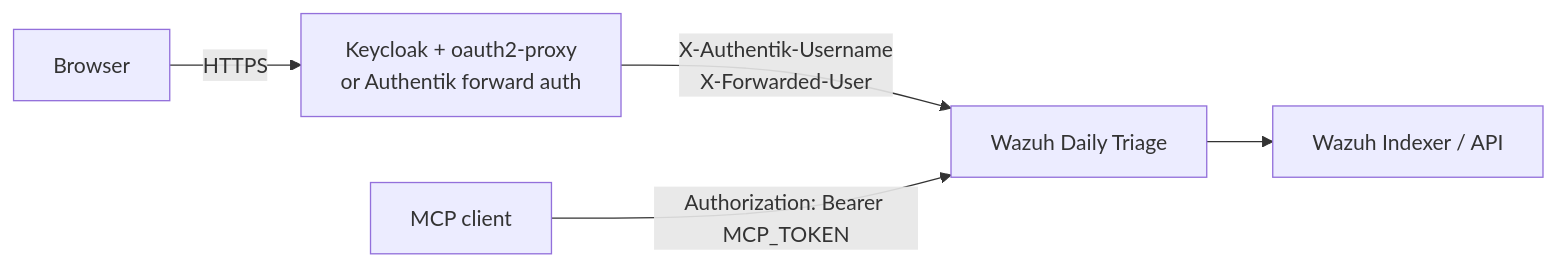
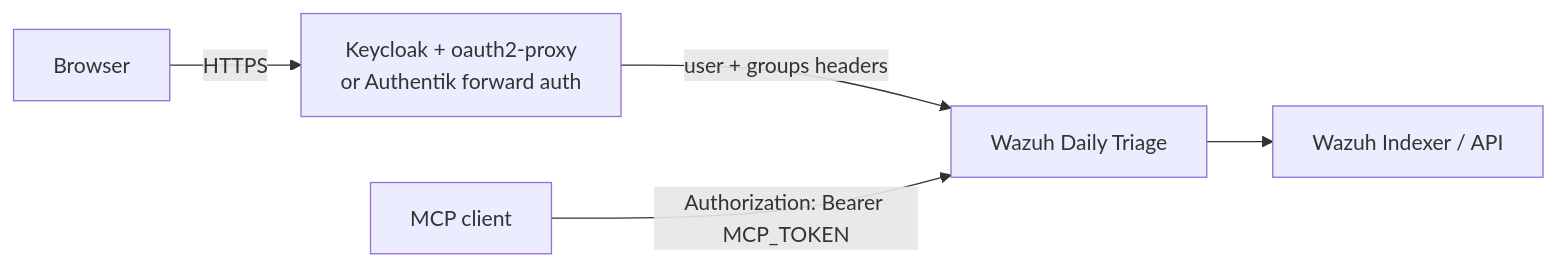
The diagram in docs/wiki/SSO-Proxy-Auth.md (dururustem68/wazuh-daily-triage), drawn with Mermaid before and after one commit. The commit also changed other lines of this file and 98 other files, not shown here.

First line of the commit message:
feat: dashboard with charts, MITRE ATT&CK view, SSO roles from groups; docs: task-based wiki; release 0.11.0

````diff
--- a/docs/wiki/SSO-Proxy-Auth.md
+++ b/docs/wiki/SSO-Proxy-Auth.md
@@ -11,7 +14,7 @@
 ```mermaid
 flowchart LR
   U[Browser] -->|HTTPS| P[Keycloak + oauth2-proxy<br/>or Authentik forward auth]
-  P -->|X-Authentik-Username<br/>X-Forwarded-User| A[Wazuh Daily Triage]
+  P -->|user + groups headers| A[Wazuh Daily Triage]
   M[MCP client] -->|Authorization: Bearer MCP_TOKEN| A
   A --> W[Wazuh Indexer / API]
 ```
````
